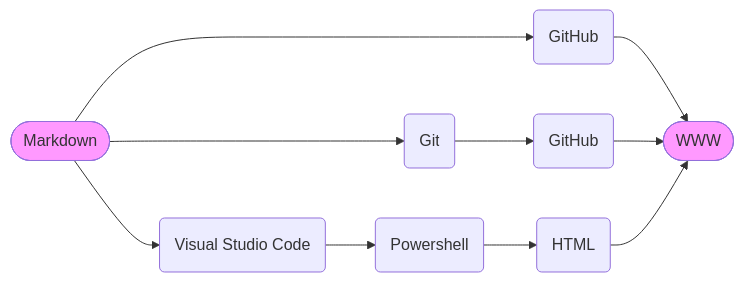
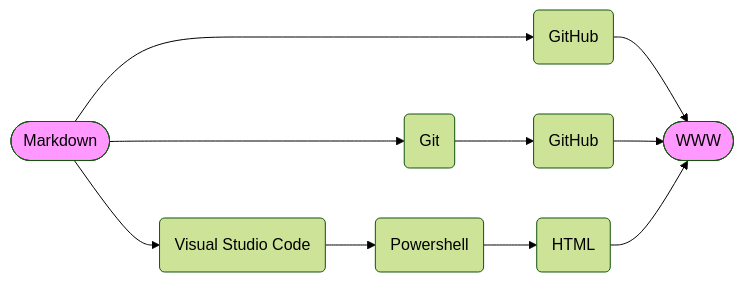
Before and after one commit to phdonner/phdonner: the diagram in README.md, drawn with Mermaid.

````diff
--- a/README.md
+++ b/README.md
@@ -64,16 +64,17 @@
 ```mermaid
+%%{init: {'theme':'forest'}}%%
 flowchart LR
     id1([Markdown])
     id2(GitHub)
     id3([WWW])
     id4(Git)
     id5(GitHub)
     id6(Visual Studio Code)
     id7(Powershell)
     id8(HTML)
     id1-->id2-->id3;
     id1-->id4-->id5-->id3;
     id1-->id6-->id7-->id8-->id3;
 style id1 fill:#f9f;
 style id3 fill:#f9f;
 ```
````
